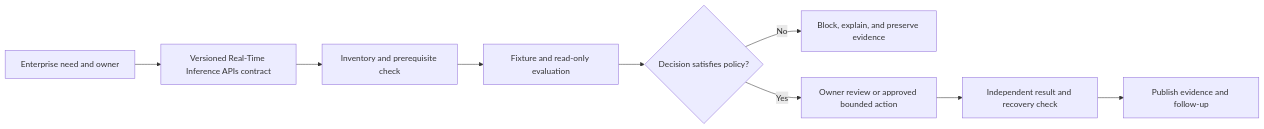
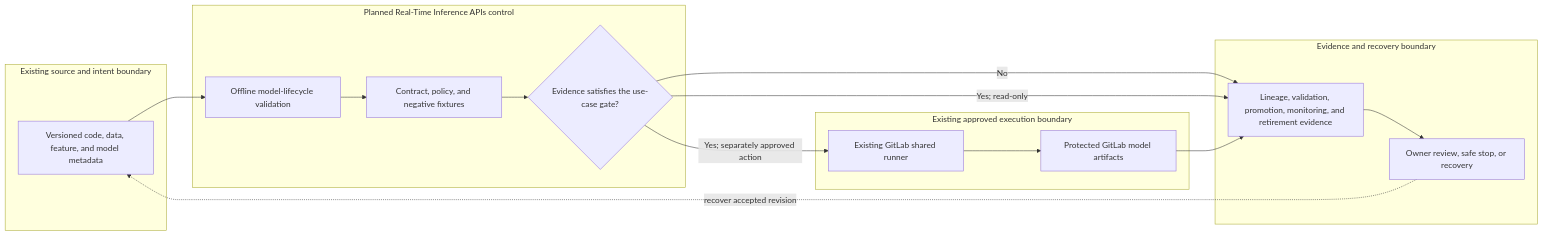
The diagram in docs/use-cases/mlops/UC-MLOPS-007-real-time-inference-apis.md (MIDHTECH/enterprise-architecture-docs), drawn with Mermaid before and after one commit. The commit also changed other lines of this file and 227 other files, not shown here.

Commit message:
Deepen architecture for all use case designs

````diff
--- a/docs/use-cases/mlops/UC-MLOPS-007-real-time-inference-apis.md
+++ b/docs/use-cases/mlops/UC-MLOPS-007-real-time-inference-apis.md
@@ -136,11 +129,25 @@
 ```mermaid
 flowchart LR
-    Need["Enterprise need and owner"] --> Contract["Versioned Real-Time Inference APIs contract"]
-    Contract --> Preflight["Inventory and prerequisite check"]
-    Preflight --> Evaluate["Fixture and read-only evaluation"]
-    Evaluate --> Decision{"Decision satisfies policy?"}
-    Decision -->|No| Stop["Block, explain, and preserve evidence"]
-    Decision -->|Yes| Review["Owner review or approved bounded action"]
-    Review --> Verify["Independent result and recovery check"]
-    Verify --> Publish["Publish evidence and follow-up"]
+    subgraph Source["Existing source and intent boundary"]
+        A["Versioned code, data, feature, and model metadata"]
+    end
+    subgraph Planned["Planned Real-Time Inference APIs control"]
+        B["Offline model-lifecycle validation"]
+        C["Contract, policy, and negative fixtures"]
+        D{"Evidence satisfies the use-case gate?"}
+    end
+    subgraph Runtime["Existing approved execution boundary"]
+        E["Existing GitLab shared runner"]
+        F["Protected GitLab model artifacts"]
+    end
+    subgraph Assurance["Evidence and recovery boundary"]
+        G["Lineage, validation, promotion, monitoring, and retirement evidence"]
+        H["Owner review, safe stop, or recovery"]
+    end
+
+    A --> B --> C --> D
+    D -->|No| G --> H
+    D -->|Yes; read-only| G
+    D -->|Yes; separately approved action| E --> F --> G
+    H -. recover accepted revision .-> A
 ```
````
